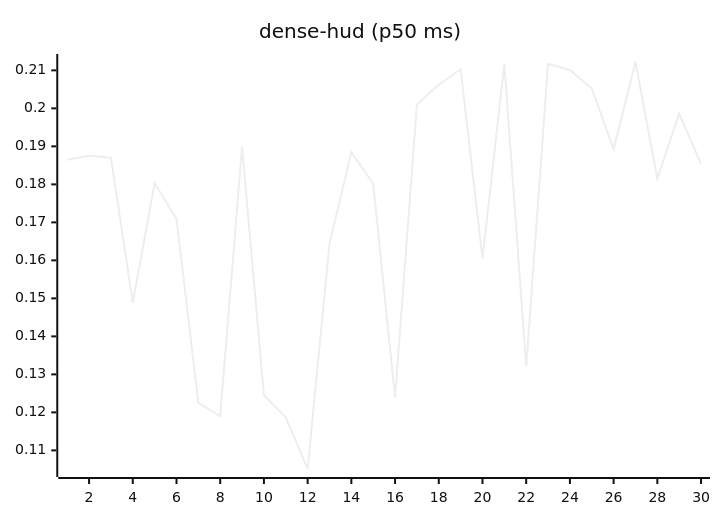
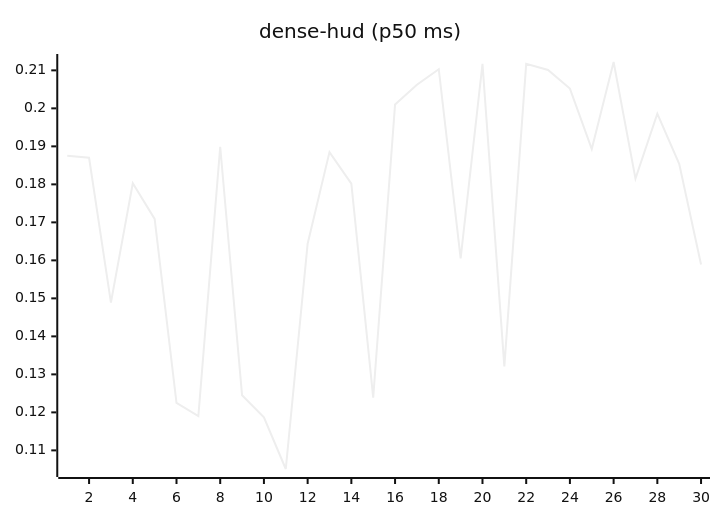
The eighth of 27 diagrams in README.md (josha/Facet), drawn with Mermaid (neutral theme) before and after one commit. The commit also changed other lines of this file and 2 other files, not shown here.

````diff
--- a/README.md
+++ b/README.md
@@ -112,6 +112,6 @@
 ```mermaid
 xychart-beta
     title "dense-hud (p50 ms)"
     x-axis 1 --> 30
-    line [0.1865, 0.1875, 0.1870, 0.1489, 0.1803, 0.1709, 0.1225, 0.1190, 0.1899, 0.1245, 0.1187, 0.1051, 0.1644, 0.1885, 0.1802, 0.1239, 0.2010, 0.2062, 0.2103, 0.1605, 0.2117, 0.1321, 0.2117, 0.2101, 0.2052, 0.1893, 0.2122, 0.1815, 0.1986, 0.1854]
+    line [0.1875, 0.1870, 0.1489, 0.1803, 0.1709, 0.1225, 0.1190, 0.1899, 0.1245, 0.1187, 0.1051, 0.1644, 0.1885, 0.1802, 0.1239, 0.2010, 0.2062, 0.2103, 0.1605, 0.2117, 0.1321, 0.2117, 0.2101, 0.2052, 0.1893, 0.2122, 0.1815, 0.1986, 0.1854, 0.1589]
 ```
````
